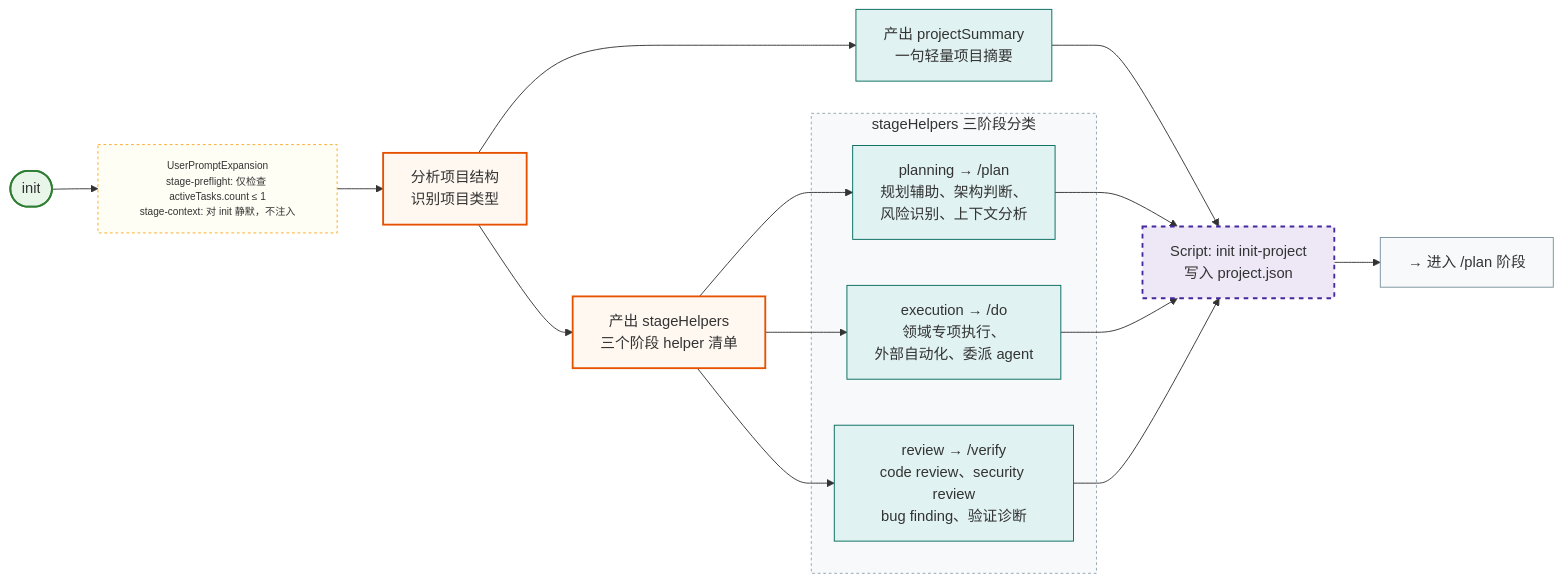
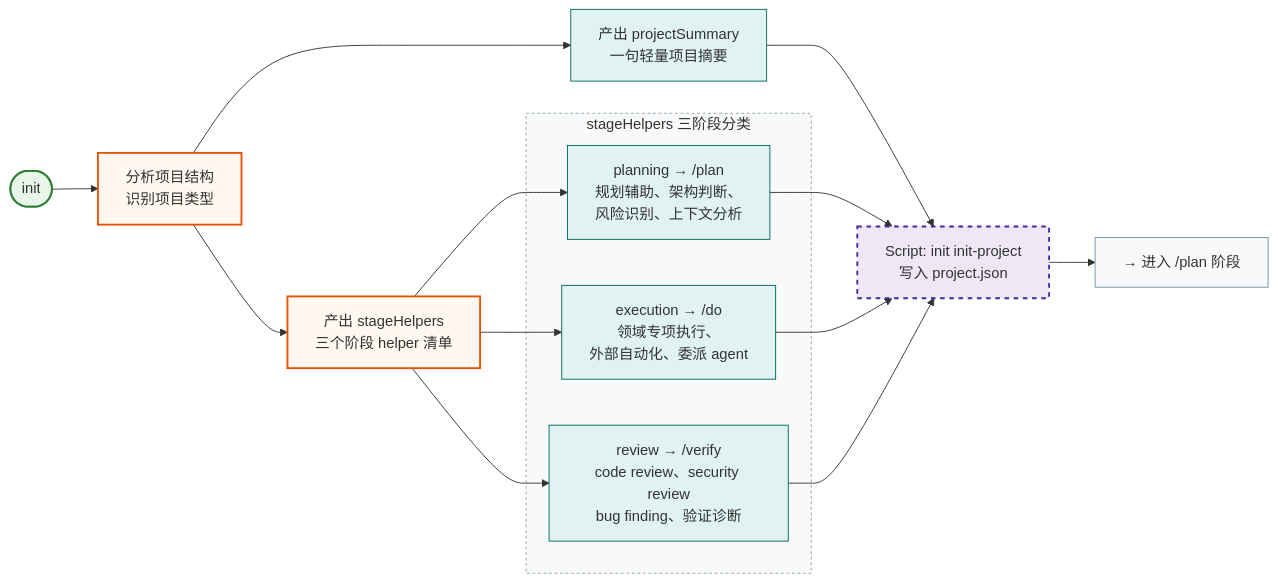
One commit to youchuyu/my-cc-lite changed the first of 6 diagrams in docs/my-cc-lite-flow.phase.mermaid.md. Above: the diagram before and after it, drawn with Mermaid. The commit also changed other lines of this file and 4 other files, not shown here.

````diff
--- a/docs/my-cc-lite-flow.phase.mermaid.md
+++ b/docs/my-cc-lite-flow.phase.mermaid.md
@@ -9,36 +9,34 @@
 ```mermaid
 flowchart LR
     classDef stageBox fill:#fff8f0,stroke:#e65100,stroke-width:2px
     classDef stateWrite fill:#ede7f6,stroke:#4527a0,stroke-width:2px,stroke-dasharray: 5 5
-    classDef hookNote fill:#fffef5,stroke:#f9a825,stroke-width:1px,stroke-dasharray: 3 3,font-size:11px
     classDef routeBox fill:#f8f9fa,stroke:#78909c,stroke-width:1px
-    classDef productBox fill:#e0f2f1,stroke:#00695c,stroke-width:1px
+    classDef productBox fill:#e0f2f1,stroke:#00695c,stroke-width:1p
 
     START(["init"])
-    START --> INIT_HOOK
+    START --> INIT_ANALYZE
 
-    INIT_HOOK["UserPromptExpansion\nstage-preflight: 仅检查 activeTasks.count ≤ 1\nstage-context: 对 init 静默，不注入"]:::hookNote
     INIT_ANALYZE["分析项目结构\n识别项目类型"]:::stageBox
     INIT_SUMMARY["产出 projectSummary\n一句轻量项目摘要"]:::productBox
     INIT_HELPERS["产出 stageHelpers\n三个阶段 helper 清单"]:::stageBox
 
     subgraph HELPERS["stageHelpers 三阶段分类"]
         H_PLANNING["planning → /plan\n规划辅助、架构判断、\n风险识别、上下文分析"]:::productBox
         H_EXECUTION["execution → /do\n领域专项执行、\n外部自动化、委派 agent"]:::productBox
         H_REVIEW["review → /verify\ncode review、security review\nbug finding、验证诊断"]:::productBox
     end
 
     INIT_WRITE["Script: init init-project\n写入 project.json"]:::stateWrite
 
-    INIT_HOOK --> INIT_ANALYZE --> INIT_SUMMARY
+    INIT_ANALYZE --> INIT_SUMMARY
     INIT_ANALYZE --> INIT_HELPERS
     INIT_SUMMARY --> INIT_WRITE
     INIT_HELPERS --> H_PLANNING --> INIT_WRITE
     INIT_HELPERS --> H_EXECUTION --> INIT_WRITE
     INIT_HELPERS --> H_REVIEW --> INIT_WRITE
 
     INIT_WRITE --> TO_PLAN["→ 进入 /plan 阶段"]:::routeBox
 
     style START fill:#e8f5e9,stroke:#2e7d32,stroke-width:2px
     style HELPERS fill:#f8f9fa,stroke:#90a4ae,stroke-width:1px,stroke-dasharray: 3 3
 ```
````
